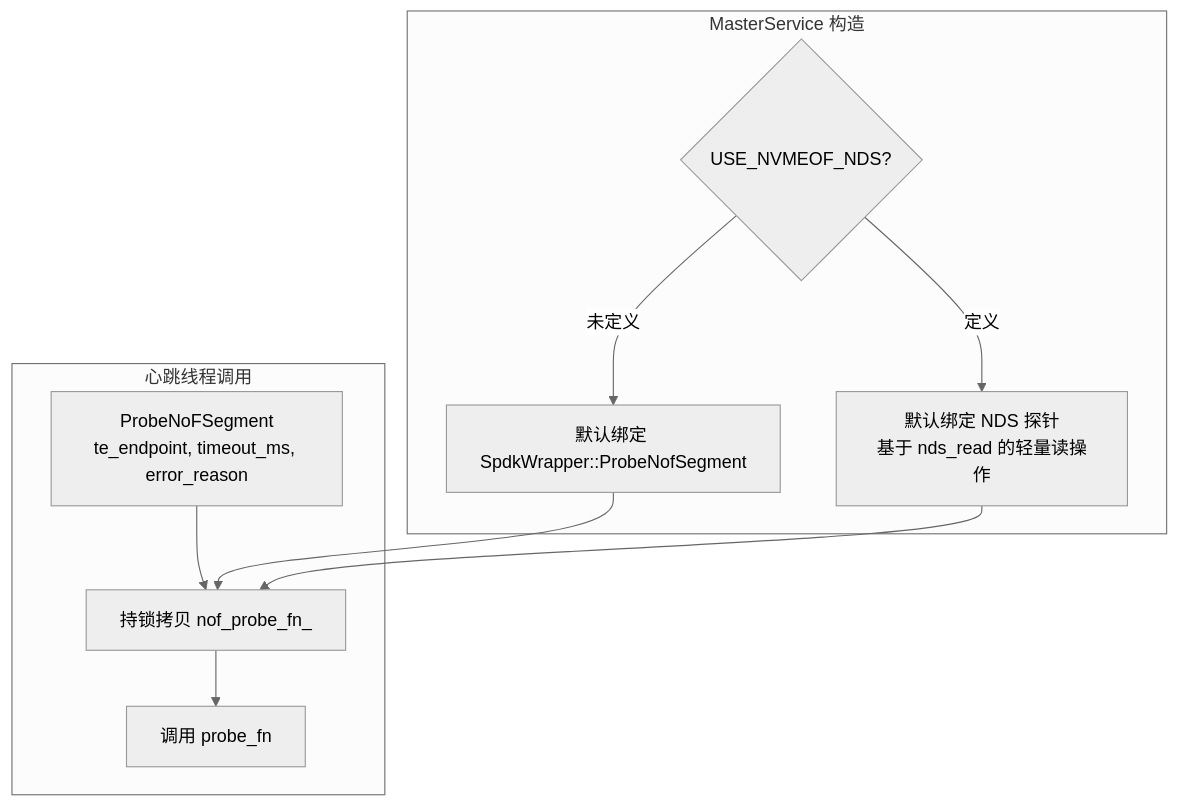
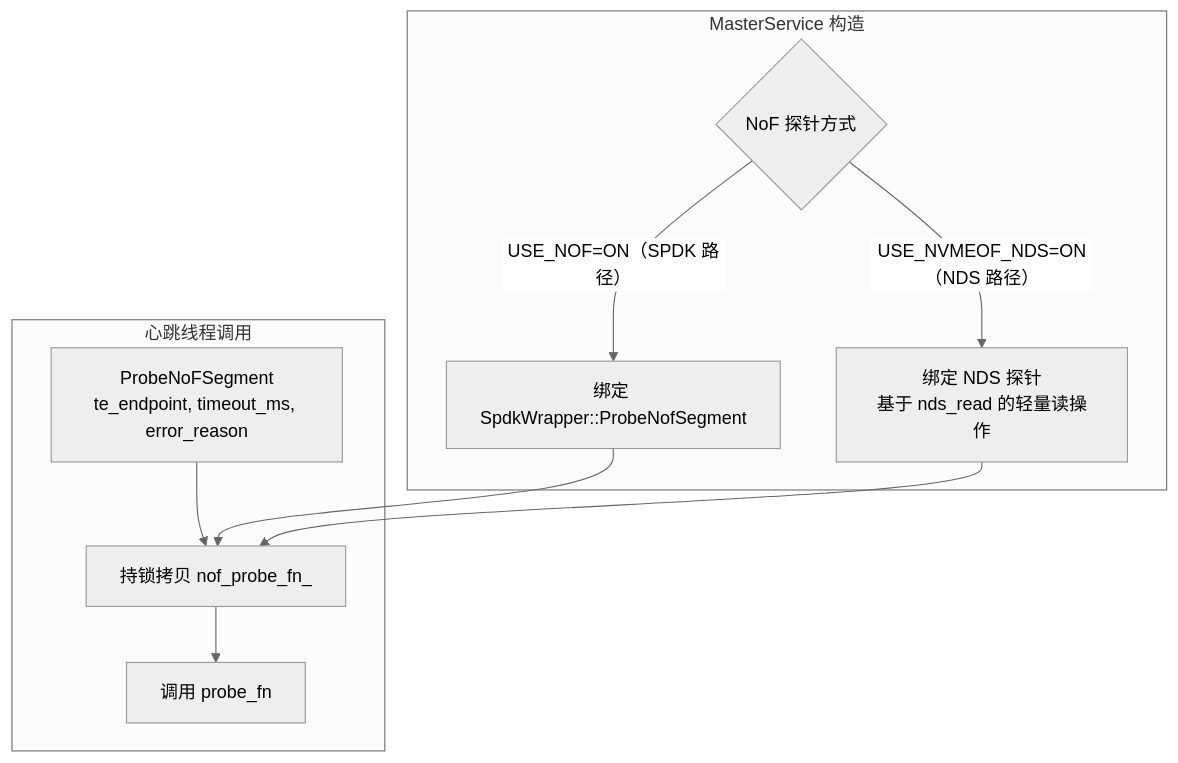
Diagram 15 of 17 in docs/rfc-nds-nvmeof-transport-cn.md (yz53665/Mooncake), drawn with Mermaid (neutral theme) before and after one commit. The commit also changed other lines of this file, not shown here.

````diff
--- a/docs/rfc-nds-nvmeof-transport-cn.md
+++ b/docs/rfc-nds-nvmeof-transport-cn.md
@@ -685,16 +686,16 @@
 ```mermaid
 flowchart TD
     subgraph Init["MasterService 构造"]
-        A{USE_NVMEOF_NDS?} -->|未定义| B[默认绑定 SpdkWrapper::ProbeNofSegment]
-        A -->|定义| C[默认绑定 NDS 探针<br/>基于 nds_read 的轻量读操作]
+        A{NoF 探针方式} -->|"USE_NOF=ON（SPDK 路径）"| B[绑定 SpdkWrapper::ProbeNofSegment]
+        A -->|"USE_NVMEOF_NDS=ON（NDS 路径）"| C[绑定 NDS 探针<br/>基于 nds_read 的轻量读操作]
     end
 
     subgraph Runtime["心跳线程调用"]
         E[ProbeNoFSegment<br/>te_endpoint, timeout_ms, error_reason]
         E --> F[持锁拷贝 nof_probe_fn_]
         F --> G[调用 probe_fn]
     end
 
     B --> F
     C --> F
 ```
````
